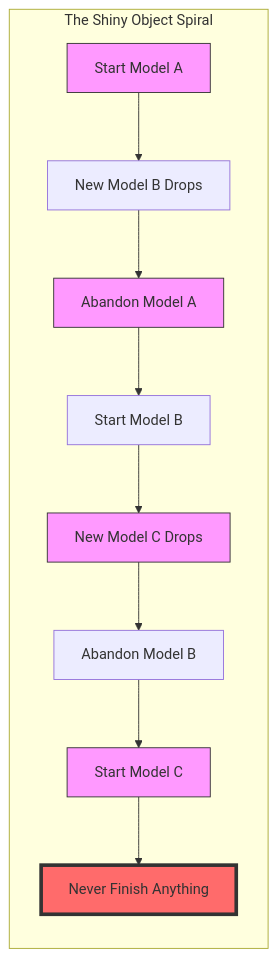
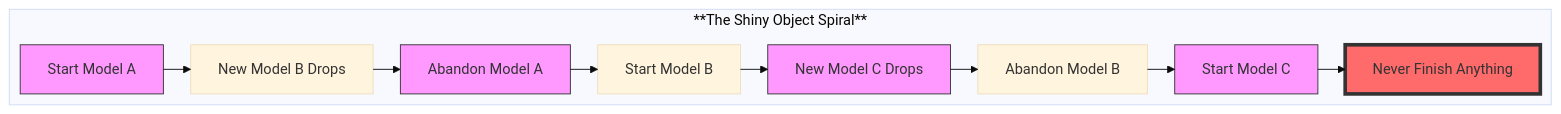
One commit to Vineet-Sharma-Medium-Stories/Medium-Build-Tool changed the second of 7 diagrams in The 2026 AI Metromap/The 2026 AI Metromap: Avoiding Derailments.md. Above: the diagram before and after it, drawn with Mermaid. The commit also changed other lines of this file and 37 other files, not shown here.

````diff
--- a/The 2026 AI Metromap/The 2026 AI Metromap: Avoiding Derailments.md
+++ b/The 2026 AI Metromap/The 2026 AI Metromap: Avoiding Derailments.md
@@ -93,18 +98,23 @@
 ```mermaid
+---
+config:
+  theme: base
+  layout: elk
+---
 graph LR
-    subgraph "The Shiny Object Spiral"
+    subgraph "**The Shiny Object Spiral**"
         A[Start Model A] --> B[New Model B Drops]
         B --> C[Abandon Model A]
         C --> D[Start Model B]
         D --> E[New Model C Drops]
         E --> F[Abandon Model B]
         F --> G[Start Model C]
         G --> H[Never Finish Anything]
     end
     
     style A fill:#f9f,stroke:#333,stroke-width:1px
     style C fill:#f9f,stroke:#333,stroke-width:1px
     style E fill:#f9f,stroke:#333,stroke-width:1px
     style G fill:#f9f,stroke:#333,stroke-width:1px
     style H fill:#ff6b6b,stroke:#333,stroke-width:4px
 ```
````
